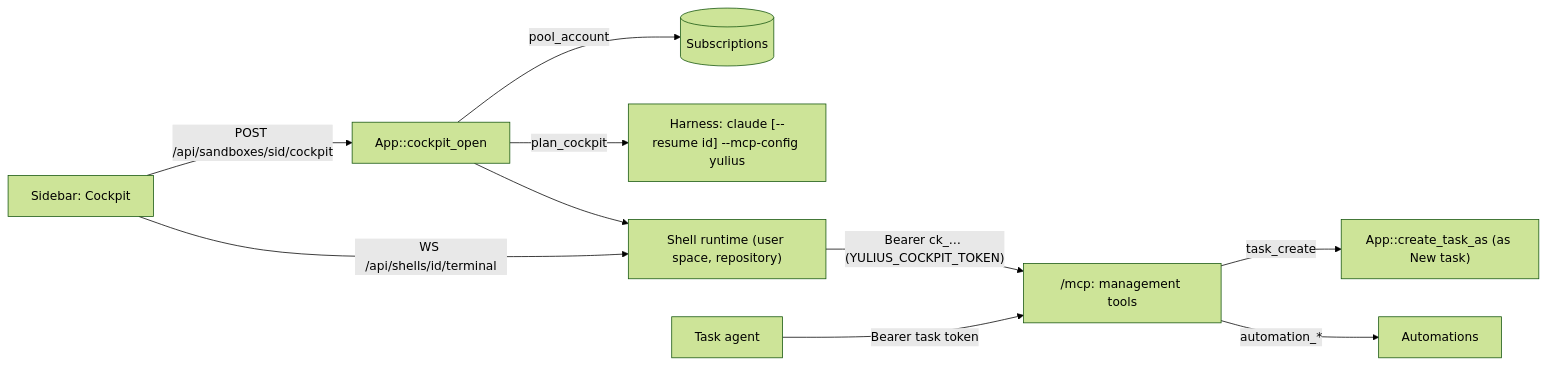
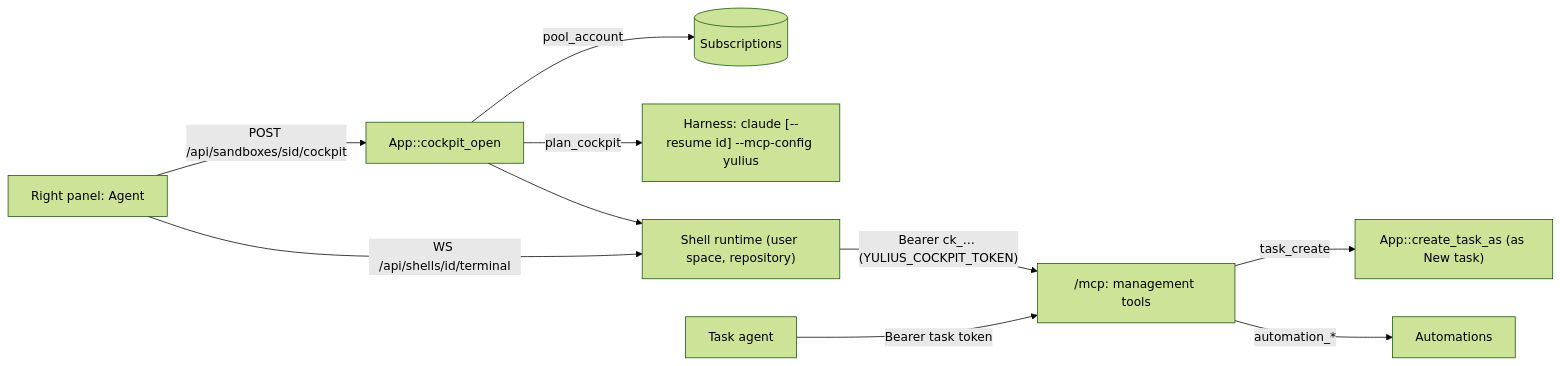
The fifth of 9 diagrams in docs/architecture.md (Quartio-Studio/yulius), drawn with Mermaid (forest theme) before and after one commit. The commit also changed other lines of this file and 27 other files, not shown here.

First line of the commit message:
docs(spec): move cockpit to the right and change cockpit to "Agent". Add distinct message th… (#270)

````diff
--- a/docs/architecture.md
+++ b/docs/architecture.md
@@ -158,12 +162,12 @@
 ```mermaid
 flowchart LR
-  UI["Sidebar: Cockpit"] -->|"POST /api/sandboxes/sid/cockpit"| APP["App::cockpit_open"]
+  UI["Right panel: Agent"] -->|"POST /api/sandboxes/sid/cockpit"| APP["App::cockpit_open"]
   APP -->|"pool_account"| POOL[("Subscriptions")]
   APP -->|"plan_cockpit"| HP["Harness: claude [--resume id] --mcp-config yulius"]
   APP --> SH["Shell runtime (user space, repository)"]
   UI -->|"WS /api/shells/id/terminal"| SH
   SH -->|"Bearer ck_… (YULIUS_COCKPIT_TOKEN)"| MCP["/mcp: management tools"]
   AG["Task agent"] -->|"Bearer task token"| MCP
   MCP -->|"task_create"| NT["App::create_task_as (as New task)"]
   MCP -->|"automation_*"| AU["Automations"]
 ```
````
